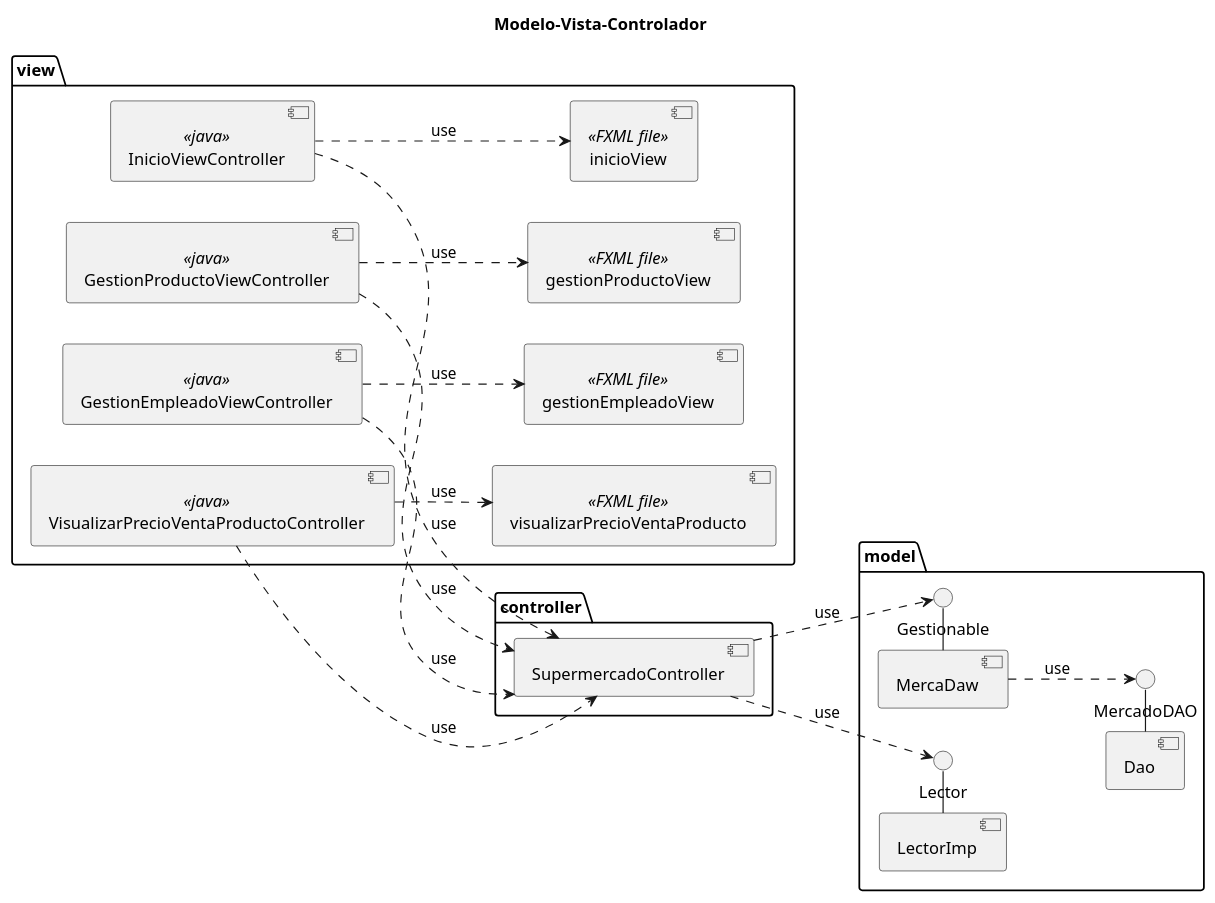
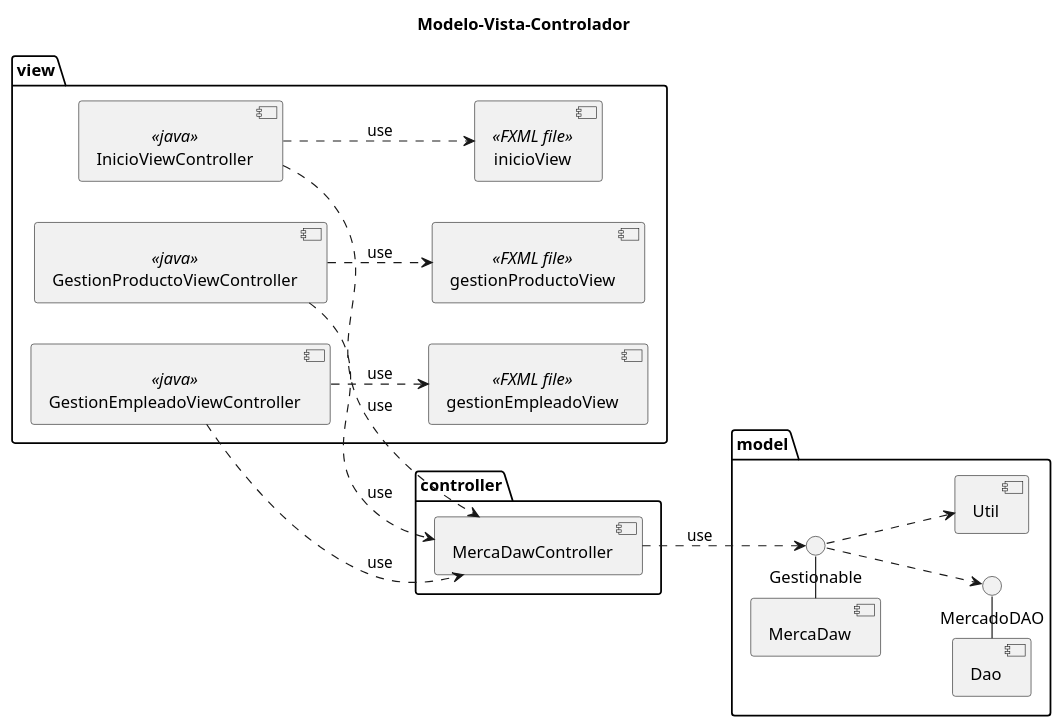
The diagram in design/DiagramaComponentes.pu (Edsonbs/MercaDAW), drawn with PlantUML before and after one commit. The commit also changed 4 other files, not shown here.

Commit message:
cambios al diagrama clases y componentes, y borrados metodos duplicados en Supermercado

```diff
--- a/design/DiagramaComponentes.pu
+++ b/design/DiagramaComponentes.pu
@@ -1,51 +1,45 @@
 @startuml Modelo-Vista-Controlador
 title Modelo-Vista-Controlador
 left to right direction
 package view{
     component InicioViewController <<java>> as inicioController
     component GestionProductoViewController <<java>> as gestionProdController
     component GestionEmpleadoViewController <<java>> as gestionEmpController
-    component VisualizarPrecioVentaProductoController <<java>> as visualizarPrecioVentaProdController
 
     component inicioView <<FXML file>> as inicioView
     component gestionProductoView <<FXML file>> as gestionProdView
     component gestionEmpleadoView <<FXML file>> as gestionEmpView
-    component visualizarPrecioVentaProducto <<FXML file>> as visualizarPrecioVentaProdView
 }
 
 package controller{
-    component SupermercadoController as mdc
+    component MercaDawController as mdc
 }
 
 package model{
     component MercaDaw
     component Dao 
-    component LectorImp
+    component Util
 
     () "MercadoDAO" as dao
     () "Gestionable" as gestion
-    () "Lector" as lectorif
 
     MercaDaw -() gestion
     Dao -() dao
-    LectorImp -() lectorif
 
 }
 
 mdc ..> gestion : use
-MercaDaw ..> dao : use
-mdc ..> lectorif: use
+
 
     inicioController ..> inicioView: use
     gestionProdController ..> gestionProdView: use
     gestionEmpController ..> gestionEmpView: use
-    visualizarPrecioVentaProdController ..> visualizarPrecioVentaProdView: use
 
-    visualizarPrecioVentaProdController ..> mdc:use
     gestionProdController ..> mdc: use
     gestionEmpController ..> mdc: use
     inicioController ..> mdc: use
 
-
+gestion ..> dao
+gestion ..> Util
 
 @enduml
```
